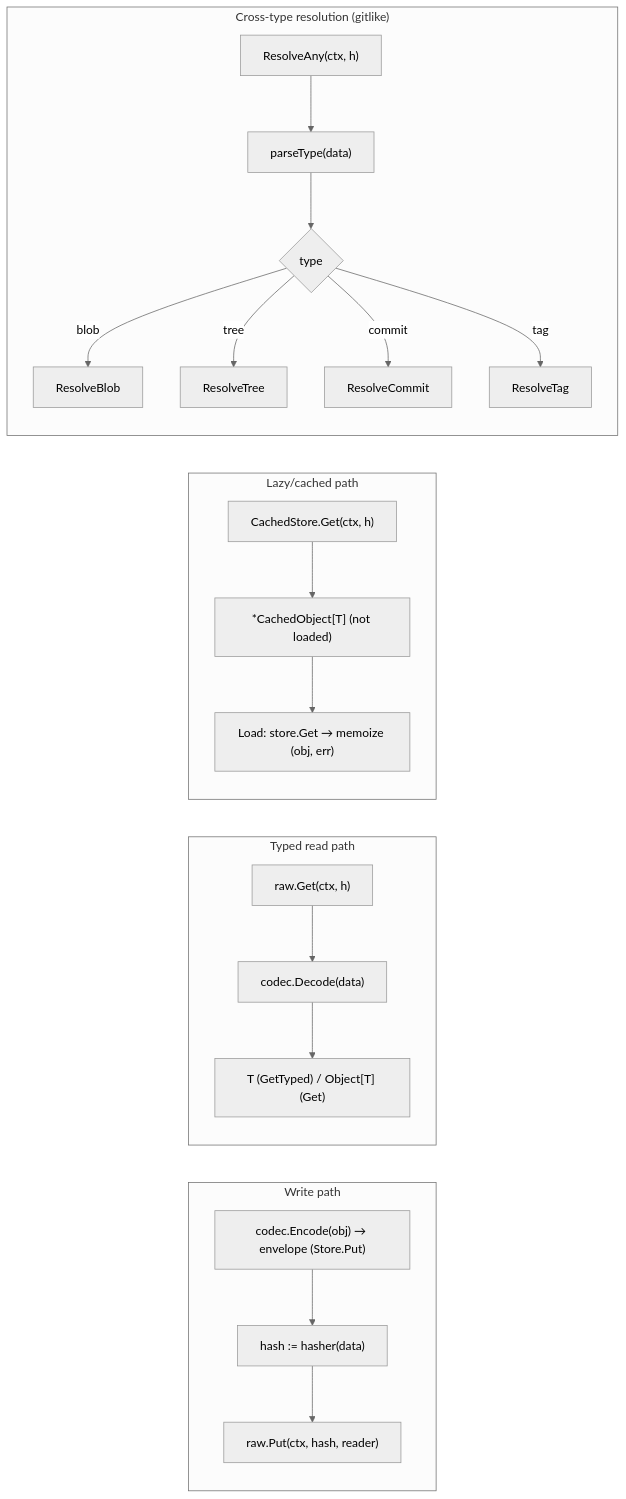
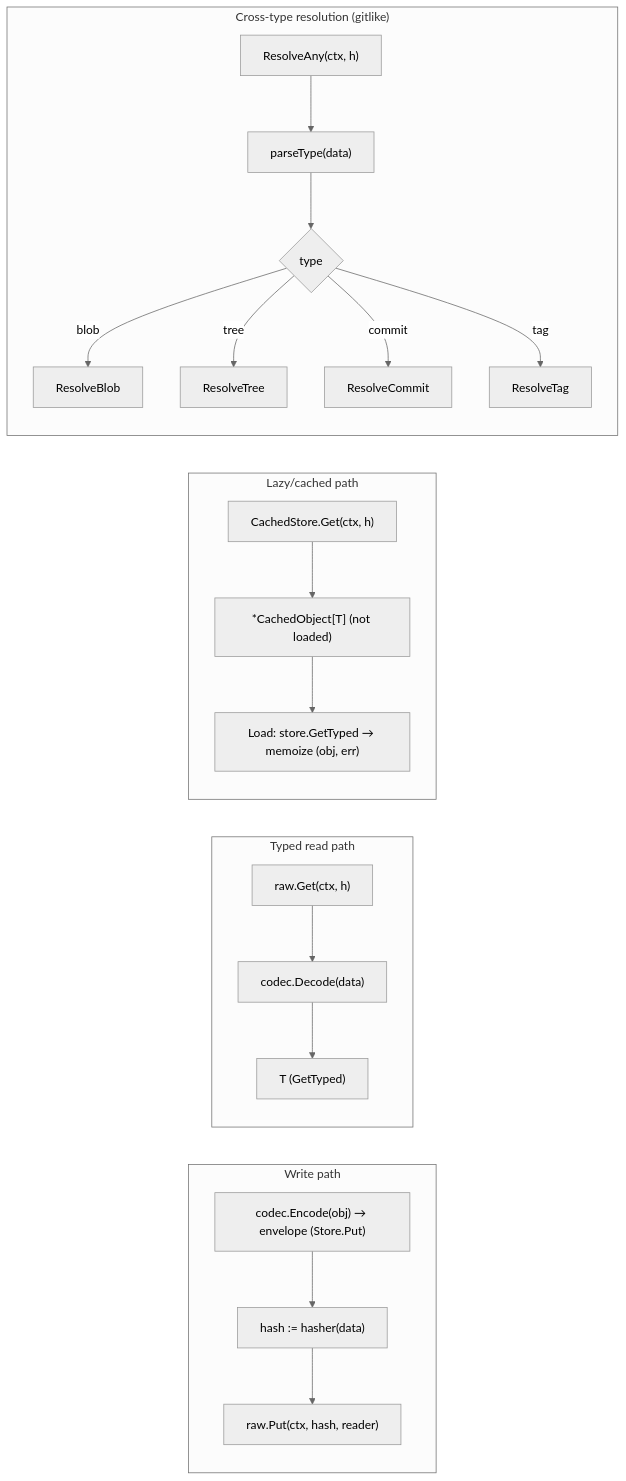
Before and after one commit to dmundt/go-cask: the fifth of 5 diagrams in .github/instructions/cas-core.instructions.md, drawn with Mermaid (neutral theme). The commit also changed other lines of this file and 17 other files, not shown here.

First line of the commit message:
refactor: retire Store.Get; reads return concrete T

````diff
--- a/.github/instructions/cas-core.instructions.md
+++ b/.github/instructions/cas-core.instructions.md
@@ -710,20 +717,20 @@
 ```mermaid
 flowchart LR
     subgraph WRITE["Write path"]
         A1["codec.Encode(obj) → envelope (Store.Put)"] --> A2["hash := hasher(data)"] --> A3["raw.Put(ctx, hash, reader)"]
     end
     subgraph READ["Typed read path"]
-        B1["raw.Get(ctx, h)"] --> B2["codec.Decode(data)"] --> B3["T (GetTyped) / Object[T] (Get)"]
+        B1["raw.Get(ctx, h)"] --> B2["codec.Decode(data)"] --> B3["T (GetTyped)"]
     end
     subgraph LAZY["Lazy/cached path"]
         C1["CachedStore.Get(ctx, h)"] --> C2["*CachedObject[T] (not loaded)"]
-        C2 --> C3["Load: store.Get → memoize (obj, err)"]
+        C2 --> C3["Load: store.GetTyped → memoize (obj, err)"]
     end
     subgraph RESOLVE["Cross-type resolution (gitlike)"]
         D1["ResolveAny(ctx, h)"] --> D2["parseType(data)"] --> D3{"type"}
         D3 -->|"blob"| D4["ResolveBlob"]
         D3 -->|"tree"| D5["ResolveTree"]
         D3 -->|"commit"| D6["ResolveCommit"]
         D3 -->|"tag"| D7["ResolveTag"]
     end
 ```
````
